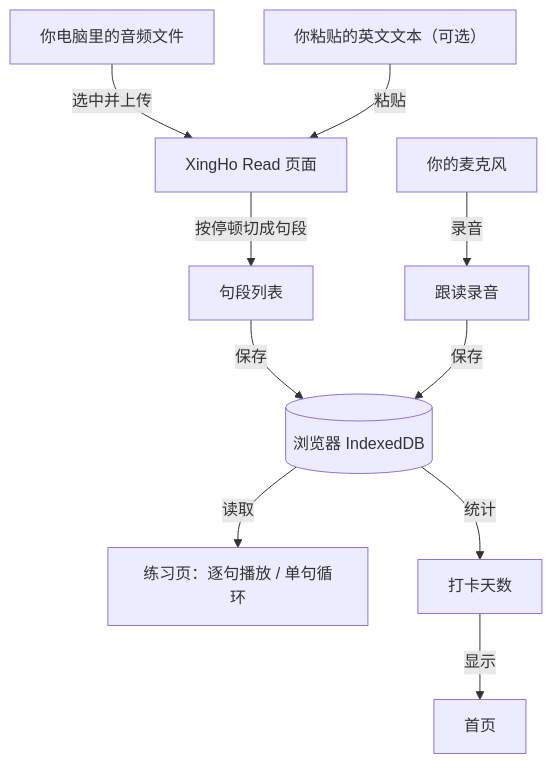
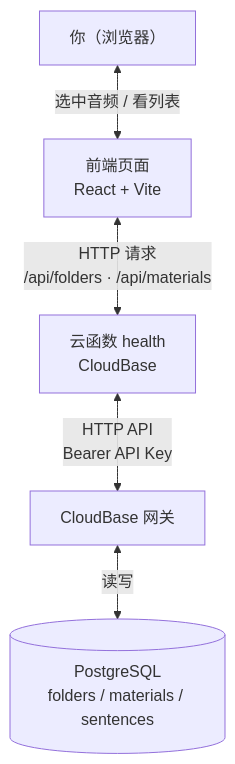
Before and after one commit to Sunshine102616/vibe-coding: the diagram in TECH_DESIGN.md, drawn with Mermaid. The commit also changed other lines of this file and 2 other files, not shown here.

````diff
--- a/TECH_DESIGN.md
+++ b/TECH_DESIGN.md
@@ -49,12 +73,7 @@
 ```mermaid
 flowchart TD
-    A["你电脑里的音频文件"] -->|"选中并上传"| B["XingHo Read 页面"]
-    T["你粘贴的英文文本（可选）"] -->|"粘贴"| B
-    B -->|"按停顿切成句段"| C["句段列表"]
-    C -->|"保存"| D[("浏览器 IndexedDB")]
-    M["你的麦克风"] -->|"录音"| F["跟读录音"]
-    F -->|"保存"| D
-    D -->|"读取"| E["练习页：逐句播放 / 单句循环"]
-    D -->|"统计"| G["打卡天数"]
-    G -->|"显示"| H["首页"]
+    A["你（浏览器）"] <-->|"选中音频 / 看列表"| B["前端页面<br/>React + Vite"]
+    B <-->|"HTTP 请求<br/>/api/folders · /api/materials"| C["云函数 health<br/>CloudBase"]
+    C <-->|"HTTP API<br/>Bearer API Key"| D["CloudBase 网关"]
+    D <-->|"读写"| E[("PostgreSQL<br/>folders / materials / sentences")]
 ```
````
